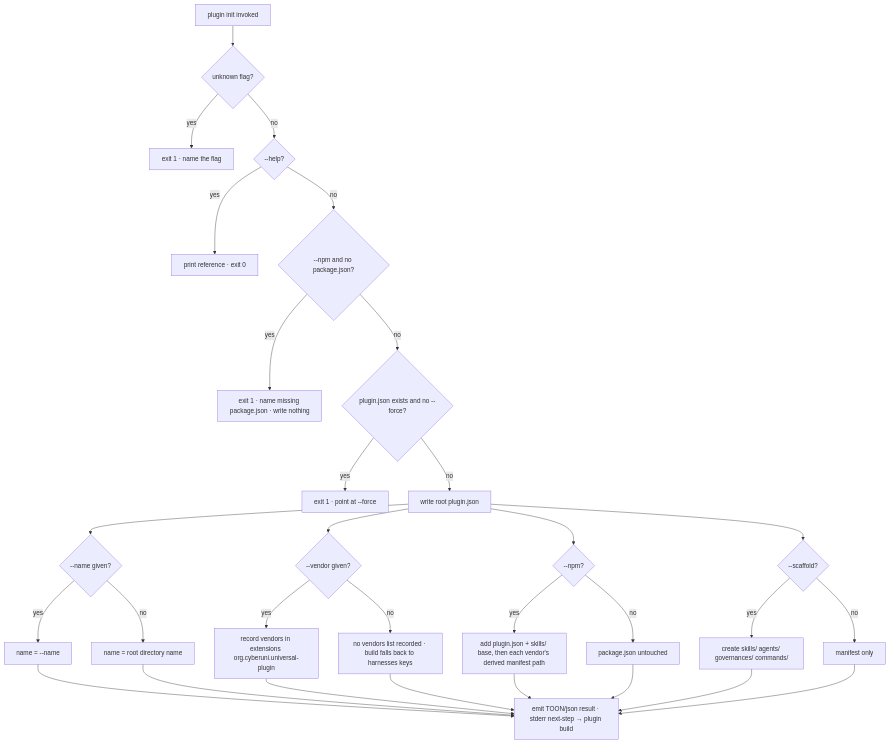
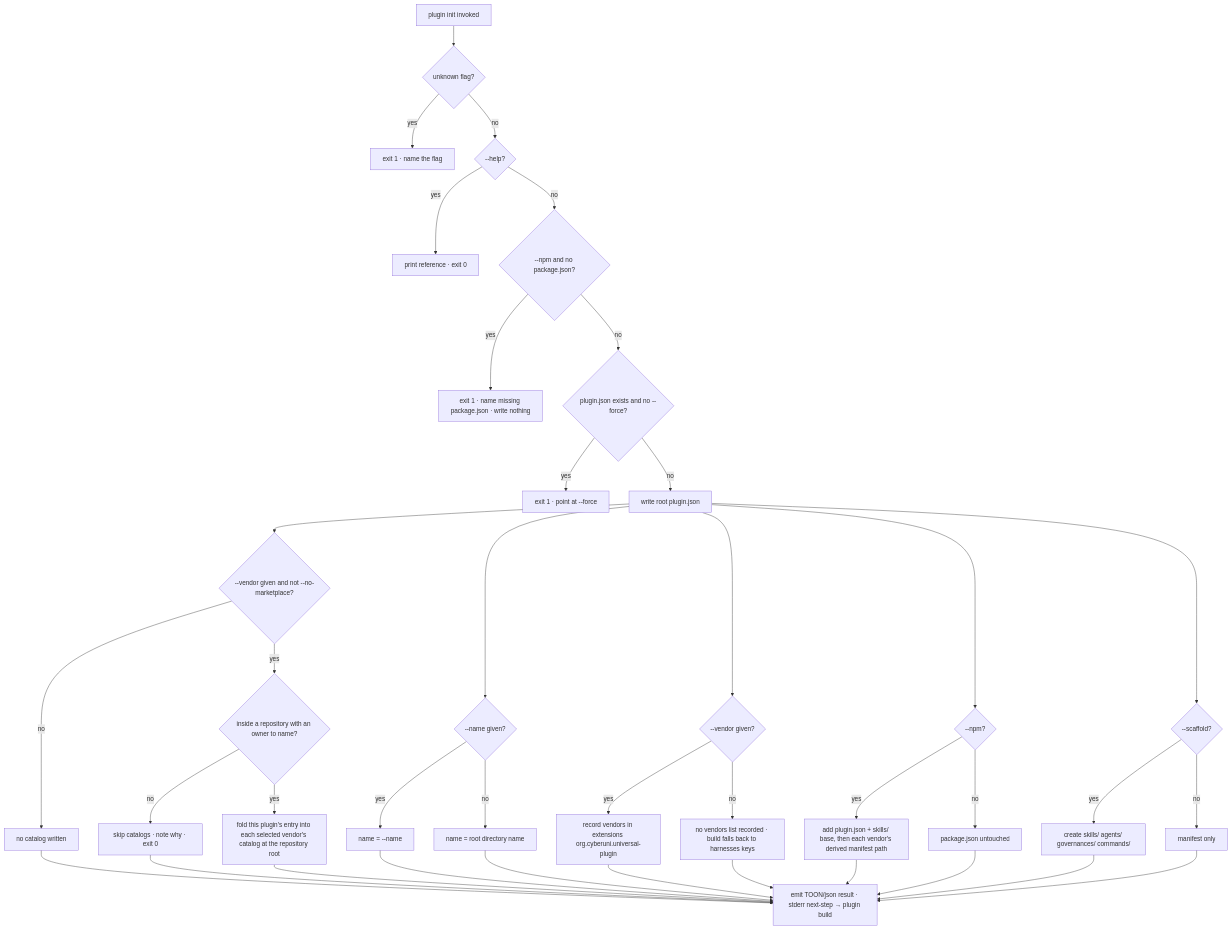
Before and after one commit to cyberuni/universal-plugin: the diagram in packages/universal-plugin/.agents/spec/plugin/init/README.md, drawn with Mermaid. The commit also changed other lines of this file and 29 other files, not shown here.

First line of the commit message:
feat(init): generate the repository-local marketplace catalogs (#51)

````diff
--- a/packages/universal-plugin/.agents/spec/plugin/init/README.md
+++ b/packages/universal-plugin/.agents/spec/plugin/init/README.md
@@ -77,33 +93,41 @@
 ```mermaid
 graph TD
   A[plugin init invoked] --> UF{unknown flag?}
   UF -->|yes| E_UF[exit 1 · name the flag]
   UF -->|no| HELP{--help?}
   HELP -->|yes| E_HELP[print reference · exit 0]
   HELP -->|no| PRE{--npm and no package.json?}
   PRE -->|yes| E_PRE[exit 1 · name missing package.json · write nothing]
   PRE -->|no| EX{plugin.json exists and no --force?}
   EX -->|yes| E_EX[exit 1 · point at --force]
   EX -->|no| W[write root plugin.json]
   W --> NM{--name given?}
   NM -->|yes| nm1[name = --name]
   NM -->|no| nm2[name = root directory name]
   W --> VN{--vendor given?}
   VN -->|yes| vn1[record vendors in extensions org.cyberuni.universal-plugin]
   VN -->|no| vn2[no vendors list recorded · build falls back to harnesses keys]
   W --> SC{--scaffold?}
   SC -->|yes| sc1[create skills/ agents/ governances/ commands/]
   SC -->|no| sc2[manifest only]
   W --> NP{--npm?}
   NP -->|yes| wire[add plugin.json + skills/ base, then each vendor's derived manifest path]
   NP -->|no| skip[package.json untouched]
+  W --> MP{--vendor given and not --no-marketplace?}
+  MP -->|no| mp0[no catalog written]
+  MP -->|yes| REPO{inside a repository with an owner to name?}
+  REPO -->|no| mp1[skip catalogs · note why · exit 0]
+  REPO -->|yes| mp2[fold this plugin's entry into each selected vendor's catalog at the repository root]
+  mp0 --> OUT
+  mp1 --> OUT
+  mp2 --> OUT
   nm1 --> OUT
   nm2 --> OUT
   vn1 --> OUT
   vn2 --> OUT
   wire --> OUT
   skip --> OUT
   sc1 --> OUT
   sc2 --> OUT
   OUT[emit TOON/json result · stderr next-step → plugin build]
 ```
````
